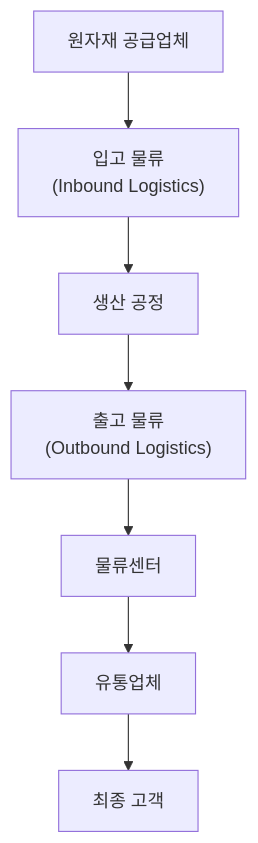
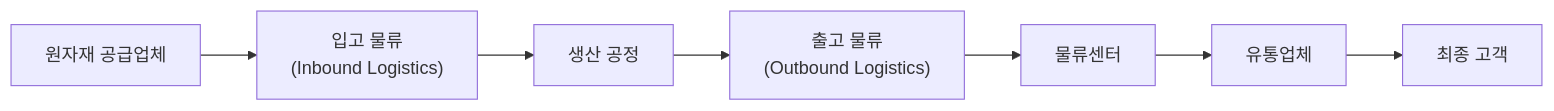
One commit to yeonkyupark/pepc3e changed the first of 3 diagrams in docs/0204_logistics_material_and_inventory_management.md. Above: the diagram before and after it, drawn with Mermaid. The commit also changed other lines of this file, not shown here.

````diff
--- a/docs/0204_logistics_material_and_inventory_management.md
+++ b/docs/0204_logistics_material_and_inventory_management.md
@@ -32,10 +32,10 @@
 ```mermaid
-flowchart TD
+flowchart LR
     A[원자재 공급업체]
     --> B["입고 물류<br/>(Inbound Logistics)"]
     --> C[생산 공정]
     --> D["출고 물류<br/>(Outbound Logistics)"]
     --> E[물류센터]
     --> F[유통업체]
     --> G[최종 고객]
 ```
````
